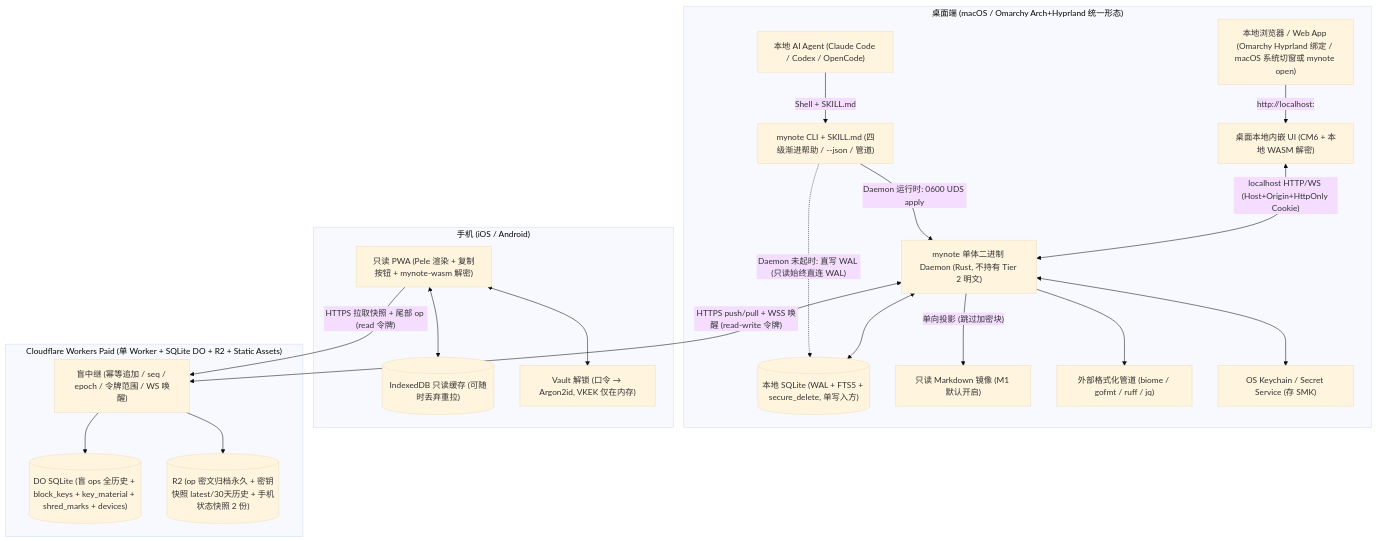
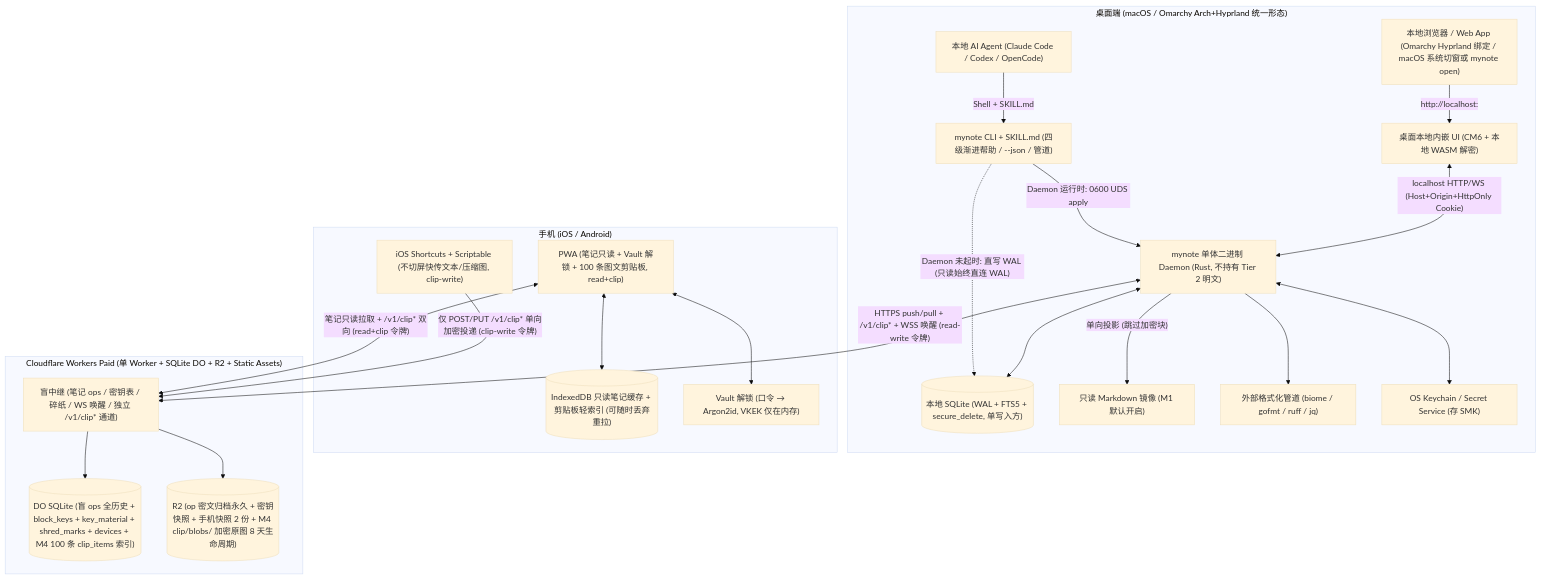
One commit to gray0128/my-note changed the first of 7 diagrams in docs/architecture-proposal.md. Above: the diagram before and after it, drawn with Mermaid (base theme). The commit also changed other lines of this file and 10 other files, not shown here.

````diff
--- a/docs/architecture-proposal.md
+++ b/docs/architecture-proposal.md
@@ -274,43 +276,45 @@
 ```mermaid
 flowchart TD
     subgraph Desktop["桌面端 (macOS / Omarchy Arch+Hyprland 统一形态)"]
         Agent["本地 AI Agent (Claude Code / Codex / OpenCode)"]
         CLI["mynote CLI + SKILL.md (四级渐进帮助 / --json / 管道)"]
         Browser["本地浏览器 / Web App (Omarchy Hyprland 绑定 / macOS 系统切窗或 mynote open)"]
         UI_D["桌面本地内嵌 UI (CM6 + 本地 WASM 解密)"]
         Daemon["mynote 单体二进制 Daemon (Rust, 不持有 Tier 2 明文)"]
         DB_L[("本地 SQLite (WAL + FTS5 + secure_delete, 单写入方)")]
         Mirror["只读 Markdown 镜像 (M1 默认开启)"]
         ExtFmt["外部格式化管道 (biome / gofmt / ruff / jq)"]
         Keyring["OS Keychain / Secret Service (存 SMK)"]
 
         Agent -->|"Shell + SKILL.md"| CLI
         CLI -->|"Daemon 运行时: 0600 UDS apply"| Daemon
         CLI -.->|"Daemon 未起时: 直写 WAL (只读始终直连 WAL)"| DB_L
         Browser -->|"http://localhost:<port>"| UI_D
         UI_D <-->|"localhost HTTP/WS (Host+Origin+HttpOnly Cookie)"| Daemon
         Daemon <--> DB_L
         Daemon -->|"单向投影 (跳过加密块)"| Mirror
         Daemon --> ExtFmt
         Daemon <--> Keyring
     end
 
     subgraph Mobile["手机 (iOS / Android)"]
-        PWA["只读 PWA (Pele 渲染 + 复制按钮 + mynote-wasm 解密)"]
-        IDB[("IndexedDB 只读缓存 (可随时丢弃重拉)")]
+        PWA["PWA (笔记只读 + Vault 解锁 + 100 条图文剪贴板, read+clip)"]
+        SC["iOS Shortcuts + Scriptable (不切屏快传文本/压缩图, clip-write)"]
+        IDB[("IndexedDB 只读笔记缓存 + 剪贴板轻索引 (可随时丢弃重拉)")]
         VaultM["Vault 解锁 (口令 → Argon2id, VKEK 仅在内存)"]
         PWA <--> IDB
         PWA <--> VaultM
     end
 
     subgraph Cloud["Cloudflare Workers Paid (单 Worker + SQLite DO + R2 + Static Assets)"]
-        SyncAPI["盲中继 (幂等追加 / seq / epoch / 令牌范围 / WS 唤醒)"]
-        CloudDB[("DO SQLite (盲 ops 全历史 + block_keys + key_material + shred_marks + devices)")]
-        R2[("R2 (op 密文归档永久 + 密钥快照 latest/30天历史 + 手机状态快照 2 份)")]
+        SyncAPI["盲中继 (笔记 ops / 密钥表 / 碎纸 / WS 唤醒 / 独立 /v1/clip* 通道)"]
+        CloudDB[("DO SQLite (盲 ops 全历史 + block_keys + key_material + shred_marks + devices + M4 100 条 clip_items 索引)")]
+        R2[("R2 (op 密文归档永久 + 密钥快照 + 手机快照 2 份 + M4 clip/blobs/ 加密原图 8 天生命周期)")]
         SyncAPI --> CloudDB
         SyncAPI --> R2
     end
 
-    Daemon <-->|"HTTPS push/pull + WSS 唤醒 (read-write 令牌)"| SyncAPI
-    PWA -->|"HTTPS 拉取快照 + 尾部 op (read 令牌)"| SyncAPI
+    Daemon <-->|"HTTPS push/pull + /v1/clip* + WSS 唤醒 (read-write 令牌)"| SyncAPI
+    PWA <-->|"笔记只读拉取 + /v1/clip* 双向 (read+clip 令牌)"| SyncAPI
+    SC -->|"仅 POST/PUT /v1/clip* 单向加密投递 (clip-write 令牌)"| SyncAPI
 ```
````
